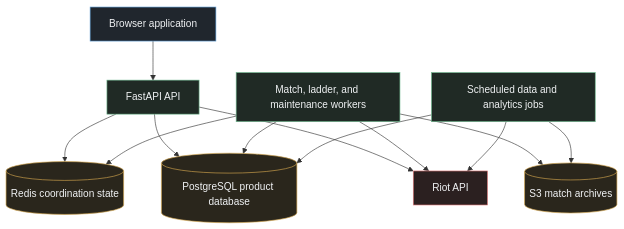
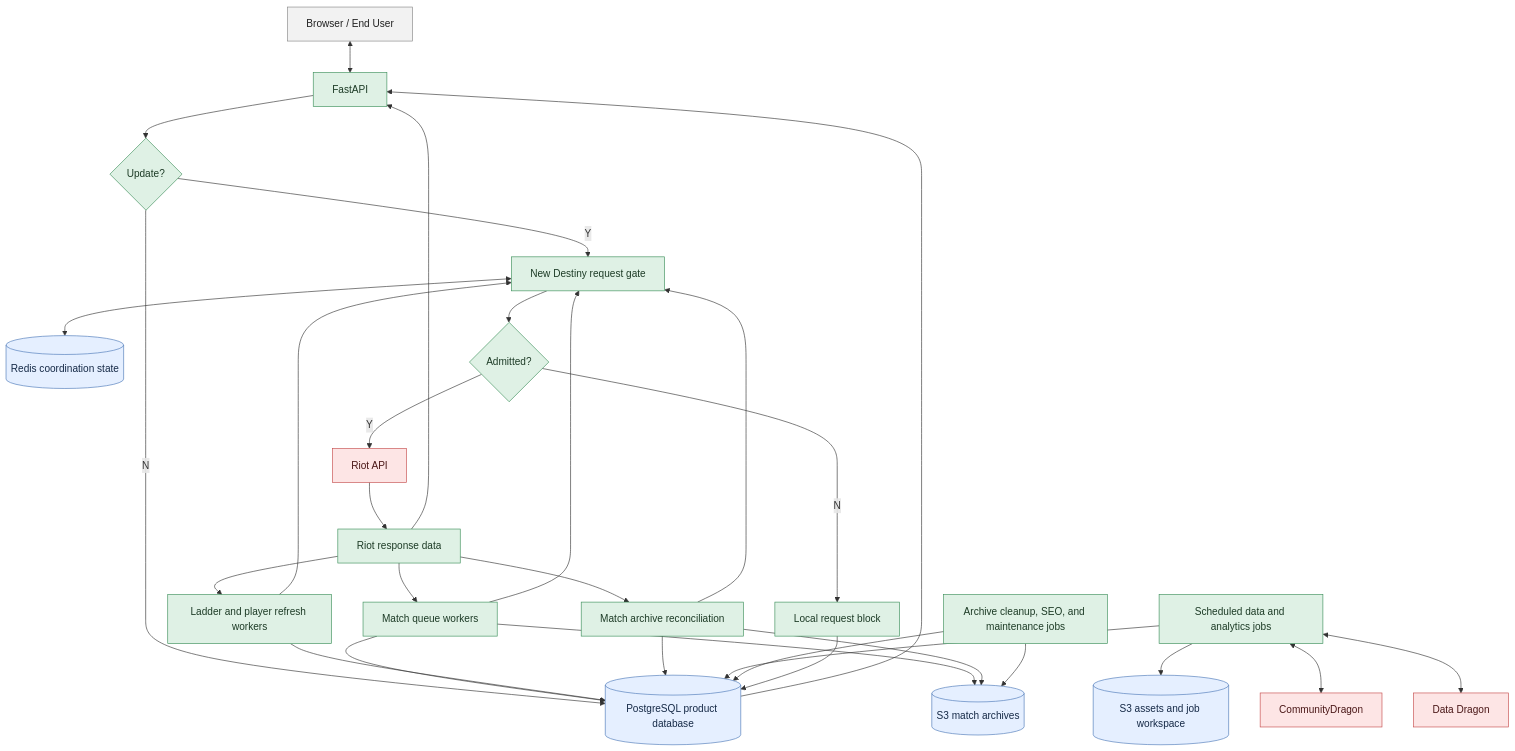
Before and after one commit to winrates-gg/wrgg-public-documentation: the first of 4 diagrams in docs/backend-runtime.md, drawn with Mermaid. The commit also changed other lines of this file, not shown here.

Commit message:
Workshopping diagram options

````diff
--- a/docs/backend-runtime.md
+++ b/docs/backend-runtime.md
@@ -26,33 +16,62 @@
 ```mermaid
 flowchart TB
-    Browser[Browser application]
-    API[FastAPI API]
-    Workers[Match, ladder, and maintenance workers]
+    Browser[Browser / End User]
+    API[FastAPI]
+    MatchWorker[Match queue workers]
+    LadderWorker[Ladder and player refresh workers]
+    ArchiveReconcile[Match archive reconciliation]
     Jobs[Scheduled data and analytics jobs]
+    Maintenance[Archive cleanup, SEO, and maintenance jobs]
+    Update{Update?}
+    Gate[New Destiny request gate]
     Redis[(Redis coordination state)]
+    Admission{Admitted?}
+    Block[Local request block]
+    RiotResponse[Riot response data]
     Postgres[(PostgreSQL product database)]
     Archives[(S3 match archives)]
+    Assets[(S3 assets and job workspace)]
     Riot[Riot API]
+    CommunityDragon[CommunityDragon]
+    DataDragon[Data Dragon]
 
-    Browser --> API
-    API --> Redis
-    API --> Postgres
-    API --> Riot
-    Workers --> Redis
-    Workers --> Postgres
-    Workers --> Archives
-    Workers --> Riot
+    Browser <--> API
+    API --> Update
+    Update -->|N| Postgres
+    Update -->|Y| Gate
+    MatchWorker --> Postgres
+    MatchWorker --> Archives
+    MatchWorker --> Gate
+    LadderWorker --> Postgres
+    LadderWorker --> Gate
+    ArchiveReconcile --> Postgres
+    ArchiveReconcile --> Archives
+    ArchiveReconcile --> Gate
     Jobs --> Postgres
-    Jobs --> Archives
-    Jobs --> Riot
+    Jobs --> Assets
+    Jobs <--> CommunityDragon
+    Jobs <--> DataDragon
+    Maintenance --> Postgres
+    Maintenance --> Archives
+    Gate <--> Redis
+    Gate --> Admission
+    Admission -->|Y| Riot
+    Admission -->|N| Block
+    Block --> Postgres
+    Riot --> RiotResponse
+    RiotResponse --> API
+    RiotResponse --> MatchWorker
+    RiotResponse --> LadderWorker
+    RiotResponse --> ArchiveReconcile
+    Postgres --> API
 
-    classDef delivery fill:#20262d,stroke:#5b9bd5,color:#f0f2f4
-    classDef runtime fill:#202a25,stroke:#6fb98f,color:#f0f2f4
-    classDef durable fill:#2a261c,stroke:#d6a84f,color:#f0f2f4
-    classDef external fill:#2b2020,stroke:#e07a7a,color:#f0f2f4
+    classDef user fill:#f2f2f2,stroke:#858585,color:#202020
+    classDef backend fill:#dff1e5,stroke:#3b8f5a,color:#1d3b26
+    classDef aws fill:#e5efff,stroke:#4c78b8,color:#162a47
+    classDef external fill:#fde5e5,stroke:#c54b4b,color:#4a1717
 
-    class Browser delivery
-    class API,Workers,Jobs runtime
-    class Redis,Postgres,Archives durable
-    class Riot external
+    class Browser user
+    class API,MatchWorker,LadderWorker,ArchiveReconcile,Jobs,Maintenance,Update,Gate,Admission,Block,RiotResponse backend
+    class Redis,Postgres,Archives,Assets aws
+    class Riot,CommunityDragon,DataDragon external
 ```
````
